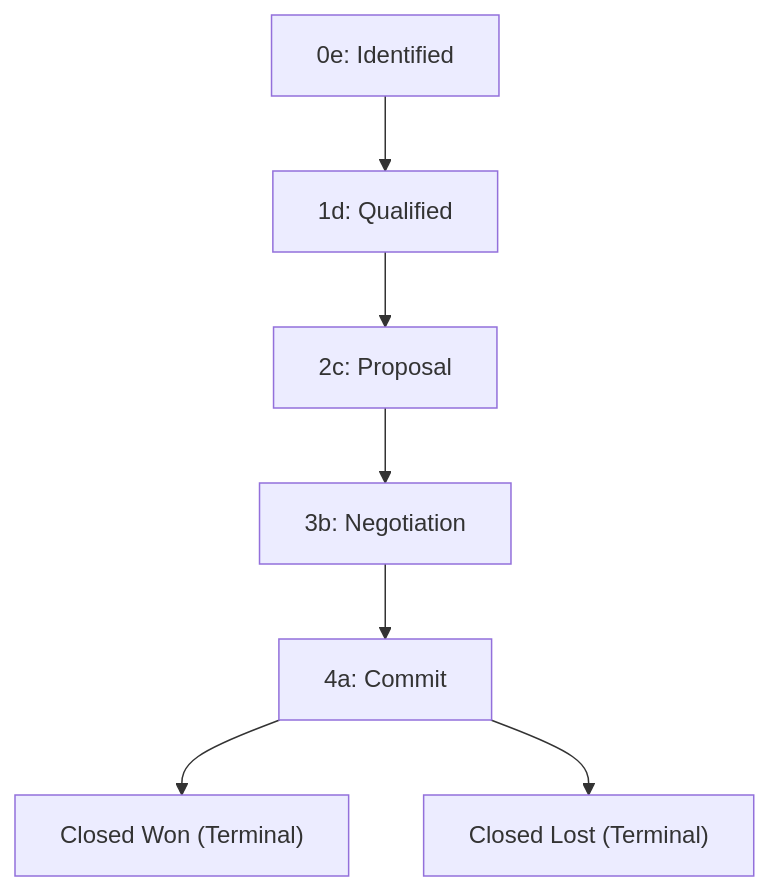
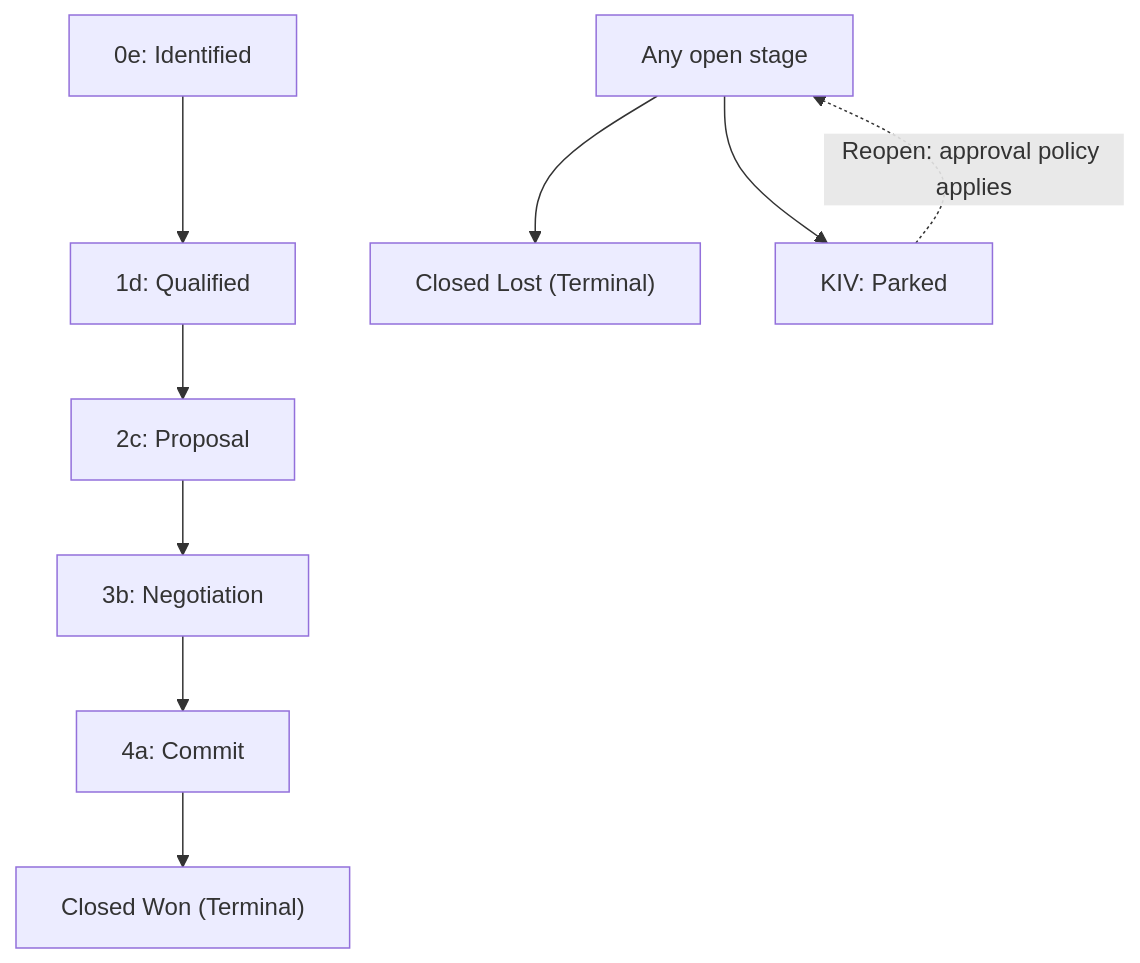
Before and after one commit to Super-ERP/crm-v2: the diagram in docs/gitbook-documentation/04-opportunities-and-funnel.md, drawn with Mermaid. The commit also changed other lines of this file and 9 other files, not shown here.

Commit message:
Document PPVVC stage gates, KIV limitations, and workflow audit

````diff
--- a/docs/gitbook-documentation/04-opportunities-and-funnel.md
+++ b/docs/gitbook-documentation/04-opportunities-and-funnel.md
@@ -58,9 +60,11 @@
 ```mermaid
 flowchart TD
     S0["0e: Identified"] --> S1["1d: Qualified"]
     S1 --> S2["2c: Proposal"]
     S2 --> S3["3b: Negotiation"]
     S3 --> S4["4a: Commit"]
     S4 --> CW["Closed Won (Terminal)"]
-    S4 --> CL["Closed Lost (Terminal)"]
+    O["Any open stage"] --> CL["Closed Lost (Terminal)"]
+    O --> K["KIV: Parked"]
+    K -. "Reopen: approval policy applies" .-> O
 ```
````
